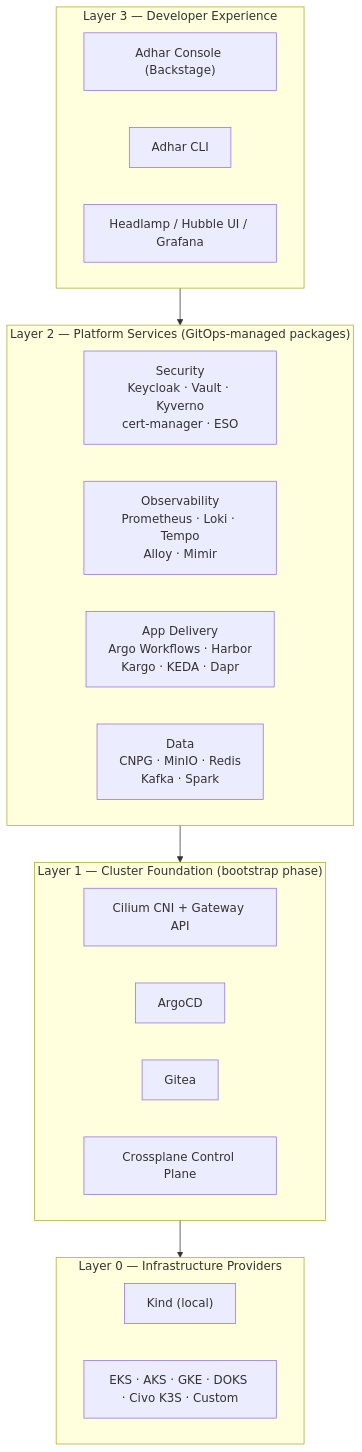
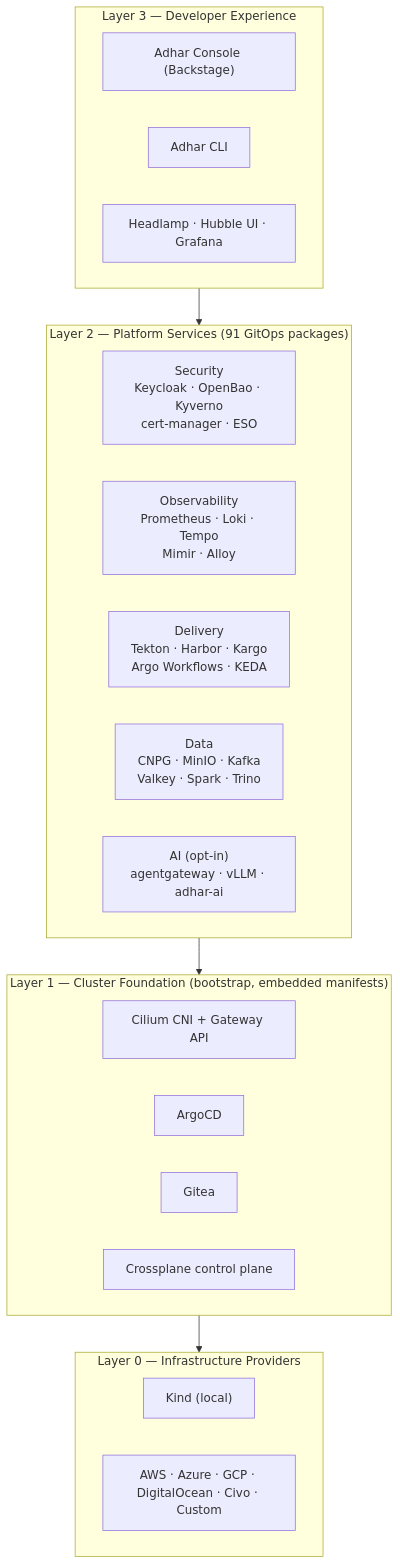
Before and after one commit to adhar-io/adhar: the first of 4 diagrams in docs/ARCHITECTURE.md, drawn with Mermaid. The commit also changed other lines of this file and 321 other files, not shown here.

````diff
--- a/docs/ARCHITECTURE.md
+++ b/docs/ARCHITECTURE.md
@@ -42,25 +64,26 @@
 ```mermaid
 flowchart TB
     subgraph L3["Layer 3 — Developer Experience"]
         console["Adhar Console (Backstage)"]
         cli["Adhar CLI"]
-        headlamp["Headlamp / Hubble UI / Grafana"]
+        ui["Headlamp · Hubble UI · Grafana"]
     end
-    subgraph L2["Layer 2 — Platform Services (GitOps-managed packages)"]
-        sec["Security<br/>Keycloak · Vault · Kyverno<br/>cert-manager · ESO"]
-        obs["Observability<br/>Prometheus · Loki · Tempo<br/>Alloy · Mimir"]
-        app["App Delivery<br/>Argo Workflows · Harbor<br/>Kargo · KEDA · Dapr"]
-        data["Data<br/>CNPG · MinIO · Redis<br/>Kafka · Spark"]
+    subgraph L2["Layer 2 — Platform Services (91 GitOps packages)"]
+        sec["Security<br/>Keycloak · OpenBao · Kyverno<br/>cert-manager · ESO"]
+        obs["Observability<br/>Prometheus · Loki · Tempo<br/>Mimir · Alloy"]
+        app["Delivery<br/>Tekton · Harbor · Kargo<br/>Argo Workflows · KEDA"]
+        data["Data<br/>CNPG · MinIO · Kafka<br/>Valkey · Spark · Trino"]
+        ai["AI (opt-in)<br/>agentgateway · vLLM · adhar-ai"]
     end
-    subgraph L1["Layer 1 — Cluster Foundation (bootstrap phase)"]
+    subgraph L1["Layer 1 — Cluster Foundation (bootstrap, embedded manifests)"]
         cilium["Cilium CNI + Gateway API"]
         argocd["ArgoCD"]
         gitea["Gitea"]
-        xp["Crossplane Control Plane"]
+        xp["Crossplane control plane"]
     end
     subgraph L0["Layer 0 — Infrastructure Providers"]
         kind["Kind (local)"]
-        clouds["EKS · AKS · GKE · DOKS · Civo K3S · Custom"]
+        clouds["AWS · Azure · GCP · DigitalOcean · Civo · Custom"]
     end
     L3 --> L2 --> L1 --> L0
 ```
````
